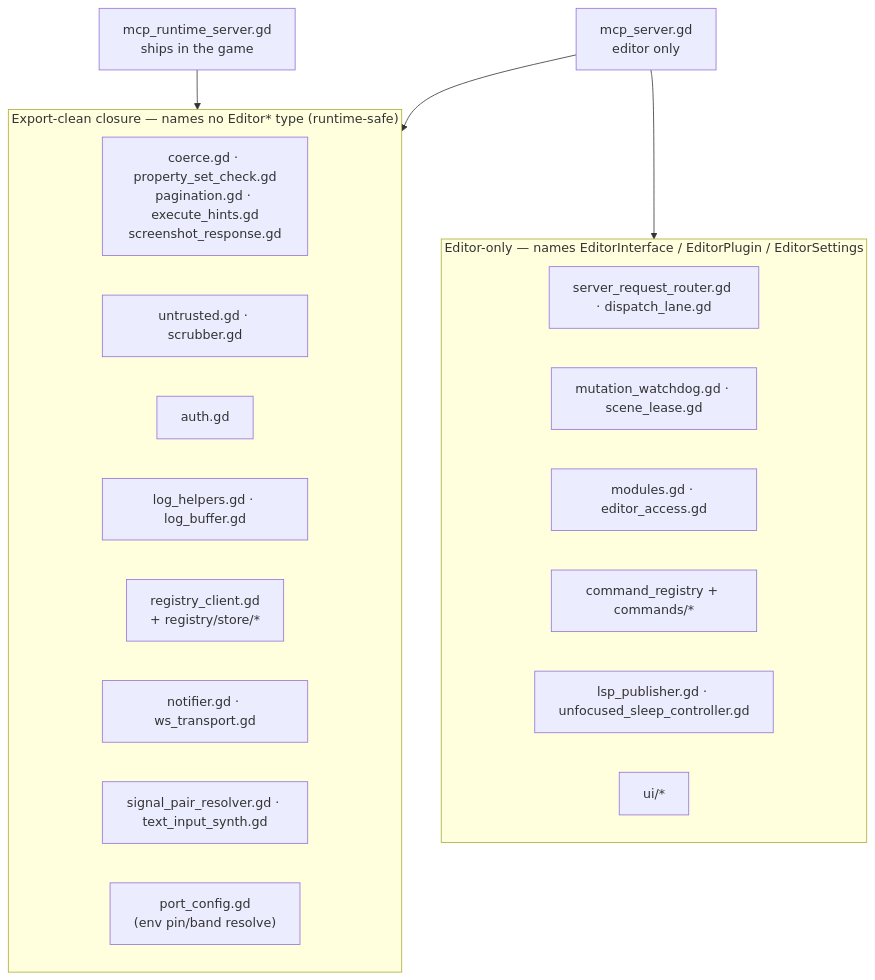
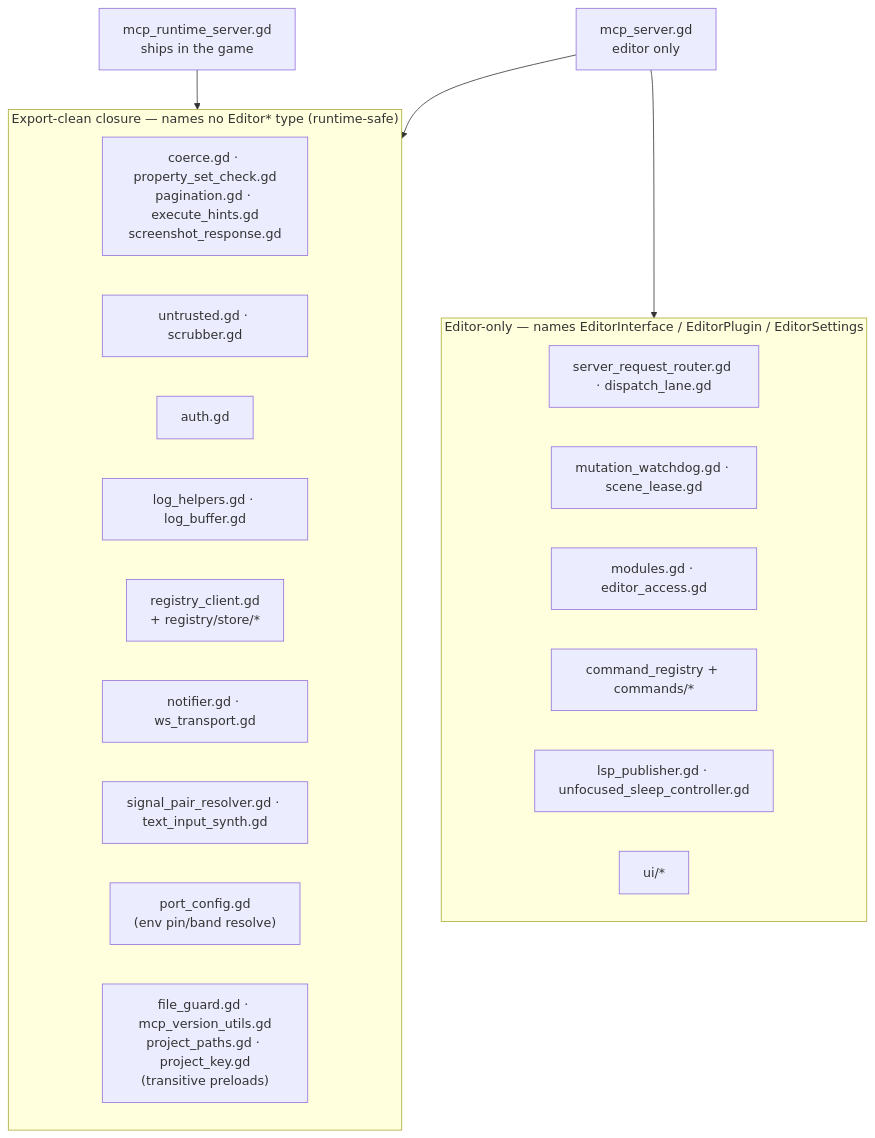
The second of 13 diagrams in docs/architecture/README.md (NPGameDev/godot-mcp-toolkit), drawn with Mermaid before and after one commit. The commit also changed other lines of this file and 1 other file, not shown here.

````diff
--- a/docs/architecture/README.md
+++ b/docs/architecture/README.md
@@ -147,28 +147,29 @@
 ```mermaid
 flowchart TB
     ModeB["mcp_runtime_server.gd<br/>ships in the game"]
     ModeA["mcp_server.gd<br/>editor only"]
     subgraph clean["Export-clean closure — names no Editor* type (runtime-safe)"]
       direction LR
       C1["coerce.gd · property_set_check.gd<br/>pagination.gd · execute_hints.gd<br/>screenshot_response.gd"]
       C2["untrusted.gd · scrubber.gd"]
       C3["auth.gd"]
       C4["log_helpers.gd · log_buffer.gd"]
       C5["registry_client.gd<br/>+ registry/store/*"]
       C6["notifier.gd · ws_transport.gd"]
       C7["signal_pair_resolver.gd · text_input_synth.gd"]
       C8["port_config.gd<br/>(env pin/band resolve)"]
+      C9["file_guard.gd · mcp_version_utils.gd<br/>project_paths.gd · project_key.gd<br/>(transitive preloads)"]
     end
     subgraph tainted["Editor-only — names EditorInterface / EditorPlugin / EditorSettings"]
       direction LR
       D1["server_request_router.gd · dispatch_lane.gd"]
       D2["mutation_watchdog.gd · scene_lease.gd"]
       D3["modules.gd · editor_access.gd"]
       D4["command_registry + commands/*"]
       D5["lsp_publisher.gd · unfocused_sleep_controller.gd"]
       D6["ui/*"]
     end
     ModeB --> clean
     ModeA --> clean
     ModeA --> tainted
 ```
````
